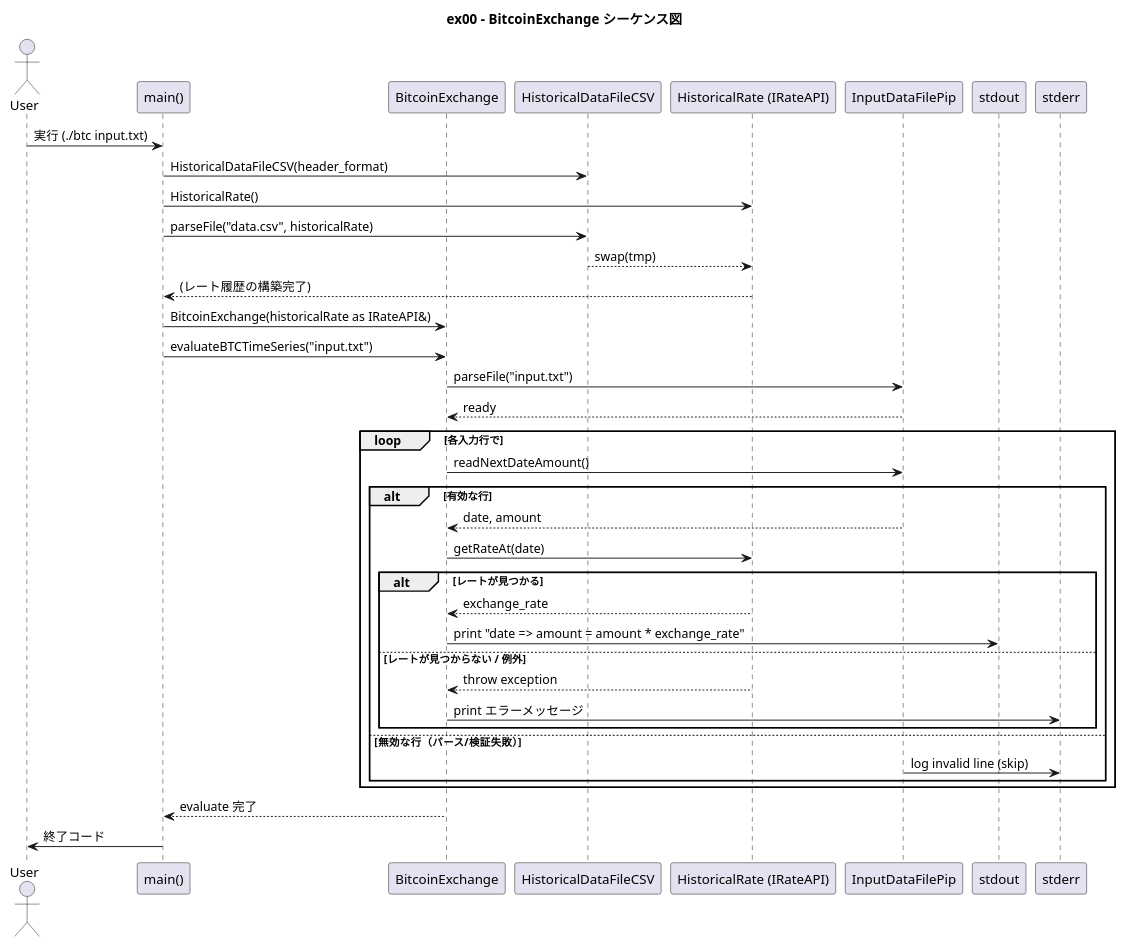
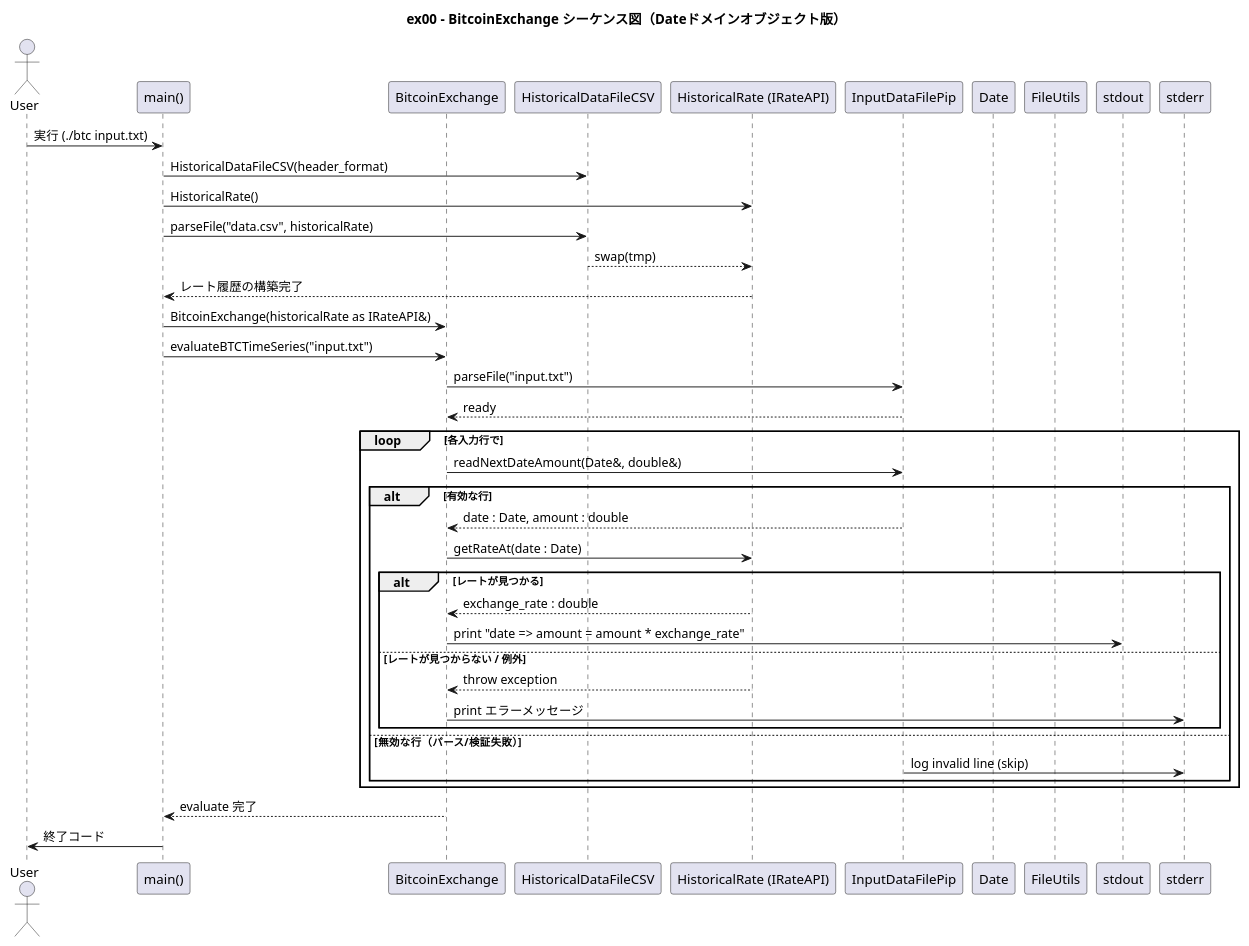
One commit to ra121e/cpp09 changed the diagram in ex00/sequence_ex00.puml. Above: the diagram before and after it, drawn with PlantUML. The commit also changed 2 other files, not shown here.

Commit message:
ex00) doc: update class and sequence diagram

```diff
--- a/ex00/sequence_ex00.puml
+++ b/ex00/sequence_ex00.puml
@@ -1,45 +1,55 @@
 @startuml ex00_sequence
-title ex00 - BitcoinExchange シーケンス図
+title ex00 - BitcoinExchange シーケンス図（Dateドメインオブジェクト版）
 
 actor User
 participant Main as "main()"
 participant BitcoinExchange as "BitcoinExchange"
 participant HistoricalDataFileCSV as "HistoricalDataFileCSV"
 participant HistoricalRate as "HistoricalRate (IRateAPI)"
 participant InputDataFilePip as "InputDataFilePip"
+participant Date as "Date"
+participant FileUtils as "FileUtils"
 participant StdOut as "stdout"
 participant StdErr as "stderr"
 
 User -> Main: 実行 (./btc input.txt)
+
+' 履歴レートの読み込み
 Main -> HistoricalDataFileCSV: HistoricalDataFileCSV(header_format)
 Main -> HistoricalRate: HistoricalRate()
 Main -> HistoricalDataFileCSV: parseFile("data.csv", historicalRate)
 HistoricalDataFileCSV --> HistoricalRate: swap(tmp)
-HistoricalRate --> Main: (レート履歴の構築完了)
+HistoricalRate --> Main: レート履歴の構築完了
+
+' BitcoinExchange の構築
 Main -> BitcoinExchange: BitcoinExchange(historicalRate as IRateAPI&)
 
+' 入力ファイル処理開始
 Main -> BitcoinExchange: evaluateBTCTimeSeries("input.txt")
 BitcoinExchange -> InputDataFilePip: parseFile("input.txt")
 InputDataFilePip --> BitcoinExchange: ready
 
 loop 各入力行で
-    BitcoinExchange -> InputDataFilePip: readNextDateAmount()
+    BitcoinExchange -> InputDataFilePip: readNextDateAmount(Date&, double&)
     alt 有効な行
-        InputDataFilePip --> BitcoinExchange: date, amount
-        BitcoinExchange -> HistoricalRate: getRateAt(date)
+        InputDataFilePip --> BitcoinExchange: date : Date, amount : double
+
+        ' （内部的には FileUtils::validateDate などで文字列からDateへ変換・検証済み）
+
+        BitcoinExchange -> HistoricalRate: getRateAt(date : Date)
         alt レートが見つかる
-            HistoricalRate --> BitcoinExchange: exchange_rate
+            HistoricalRate --> BitcoinExchange: exchange_rate : double
             BitcoinExchange -> StdOut: print "date => amount = amount * exchange_rate"
         else レートが見つからない / 例外
             HistoricalRate --> BitcoinExchange: throw exception
             BitcoinExchange -> StdErr: print エラーメッセージ
         end
     else 無効な行（パース/検証失敗）
         InputDataFilePip -> StdErr: log invalid line (skip)
     end
 end
 
 BitcoinExchange --> Main: evaluate 完了
 Main -> User: 終了コード
 
 @enduml
```
